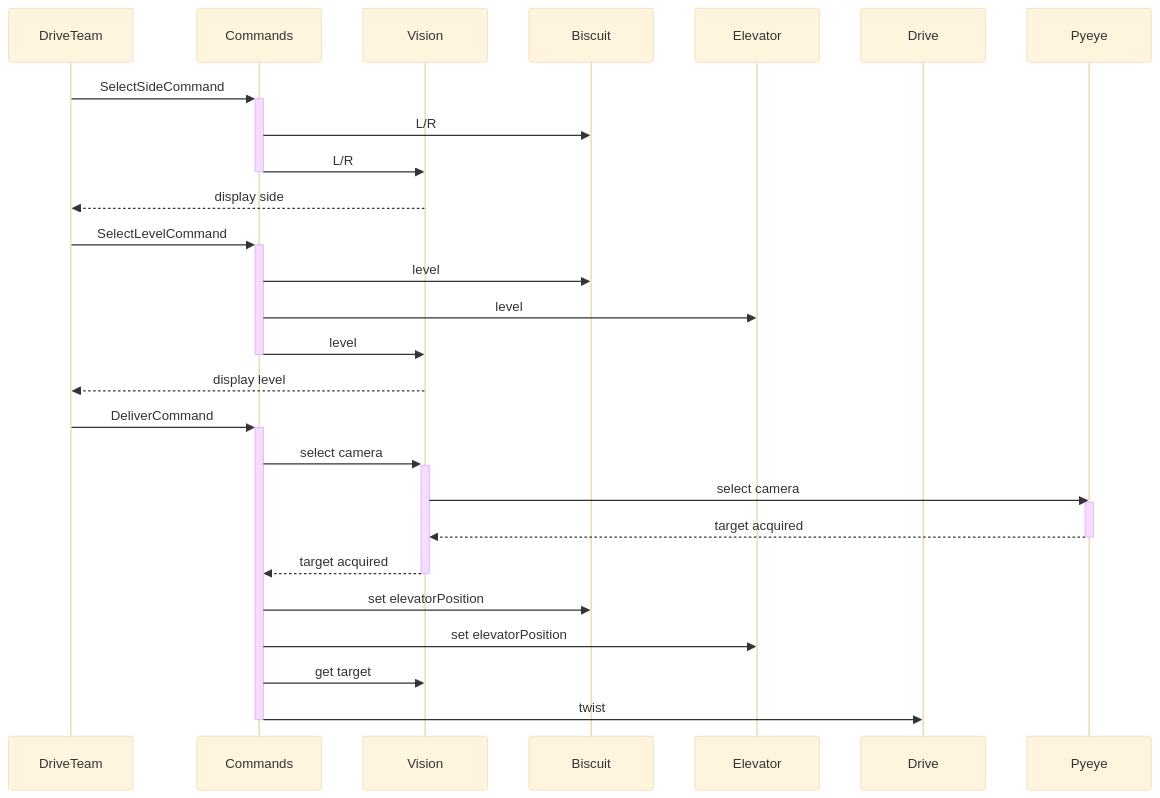
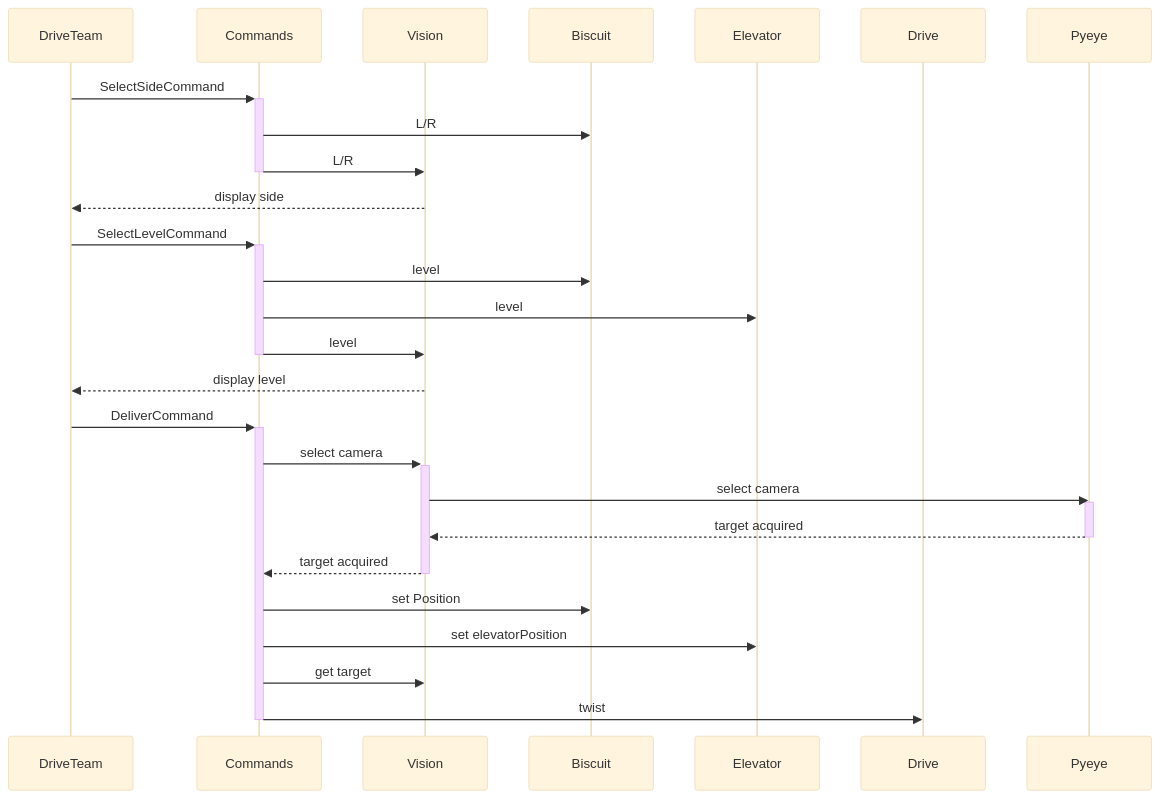
Before and after one commit to strykeforce/deepspace: the diagram in docs/deliver_0.mermaid, drawn with Mermaid (base theme). The commit also changed 4 other files, not shown here.

```diff
--- a/docs/deliver_0.mermaid
+++ b/docs/deliver_0.mermaid
@@ -1,33 +1,33 @@
 sequenceDiagram
 participant DriveTeam
 participant Commands
 participant Vision
 participant Biscuit
 participant Elevator
 participant Drive
 participant Pyeye
 DriveTeam ->> +Commands:SelectSideCommand
 Commands->> Biscuit: L/R
 Commands->> -Vision: L/R
 Vision -->> DriveTeam: display side
 DriveTeam ->> +Commands:SelectLevelCommand
 Commands->> Biscuit: level
 Commands->> Elevator: level
 Commands->> -Vision: level
 Vision -->> DriveTeam: display level
 
 DriveTeam ->> +Commands: DeliverCommand
 
 Commands ->> +Vision: select camera
 
 Vision ->> Pyeye: select camera
 activate Pyeye
 Pyeye -->> Vision: target acquired
 deactivate Pyeye
 Vision -->> -Commands: target acquired
-Commands ->> Biscuit: set elevatorPosition
+Commands ->> Biscuit: set Position
 
 Commands ->> Elevator: set elevatorPosition
 
 Commands ->> Vision: get target
 Commands ->> -Drive: twist
```
